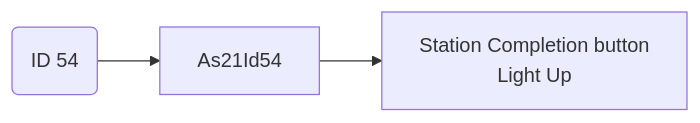
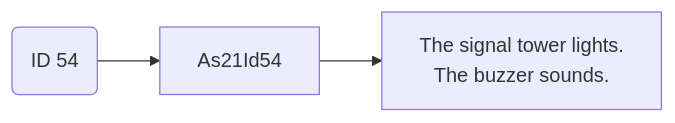
The third of 3 diagrams in Basic-Design/DFD-WMS/Storage/Palletizing-Settting/Irregular-Cases.md (luthfiadityaa/SimeDarby-Wiki), drawn with Mermaid before and after one commit. The commit also changed other lines of this file, not shown here.

Commit message:
Updated Irregular Cases

```diff
--- a/Basic-Design/DFD-WMS/Storage/Palletizing-Settting/Irregular-Cases.md
+++ b/Basic-Design/DFD-WMS/Storage/Palletizing-Settting/Irregular-Cases.md
@@ -162,15 +162,15 @@
 ::: mermaid
 flowchart LR
 
 id50msg("
 ID 54
 ")
 
 buttonlight["
-Station Completion button
-Light Up
+The signal tower lights.
+The buzzer sounds.
 "]
 
 id50msg --> As21Id54
 As21Id54 --> buttonlight
 :::
```
